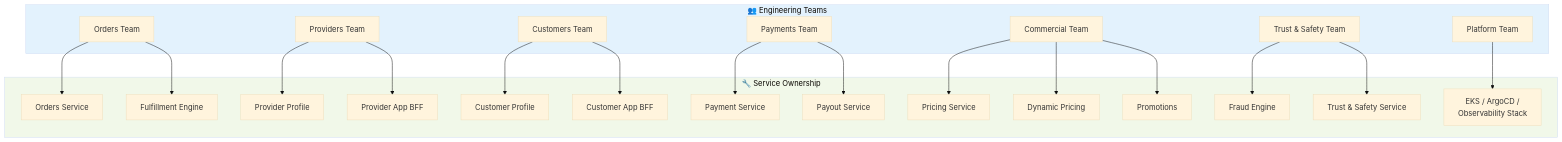
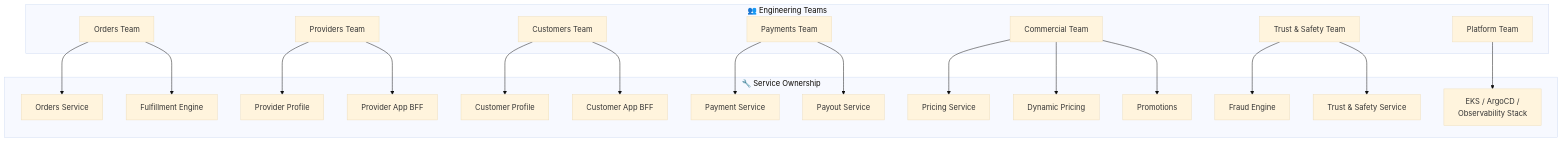
The second of 4 diagrams in 02-architecture-and-api/07-service-decomposition.md (rishikeshdhokare/platform-manifesto), drawn with Mermaid (base theme) before and after one commit. The commit also changed other lines of this file and 14 other files, not shown here.

First line of the commit message:
fix: remove mermaid style directives (119 lines across 15 files)

````diff
--- a/02-architecture-and-api/07-service-decomposition.md
+++ b/02-architecture-and-api/07-service-decomposition.md
@@ -82,47 +82,45 @@
 ```mermaid
 graph TB
     subgraph Teams["👥 Engineering Teams"]
         Orders["Orders Team"]
         Providers["Providers Team"]
         Customers["Customers Team"]
         Payments["Payments Team"]
         Commercial["Commercial Team"]
         TrustSafety["Trust & Safety Team"]
         Platform["Platform Team"]
     end
 
     subgraph Services["🔧 Service Ownership"]
         TS["Orders Service"]
         ME["Fulfillment Engine"]
         DP["Provider Profile"]
         DA["Provider App BFF"]
         RP["Customer Profile"]
         RA["Customer App BFF"]
         PS["Payment Service"]
         PO["Payout Service"]
         PR["Pricing Service"]
         SP["Dynamic Pricing"]
         Promo["Promotions"]
         FE["Fraud Engine"]
         SS["Trust & Safety Service"]
         Infra["EKS / ArgoCD /<br/>Observability Stack"]
     end
 
     Orders --> TS
     Orders --> ME
     Providers --> DP
     Providers --> DA
     Customers --> RP
     Customers --> RA
     Payments --> PS
     Payments --> PO
     Commercial --> PR
     Commercial --> SP
     Commercial --> Promo
     TrustSafety --> FE
     TrustSafety --> SS
     Platform --> Infra
 
-    style Teams fill:#e3f2fd
-    style Services fill:#f1f8e9
 ```
````
